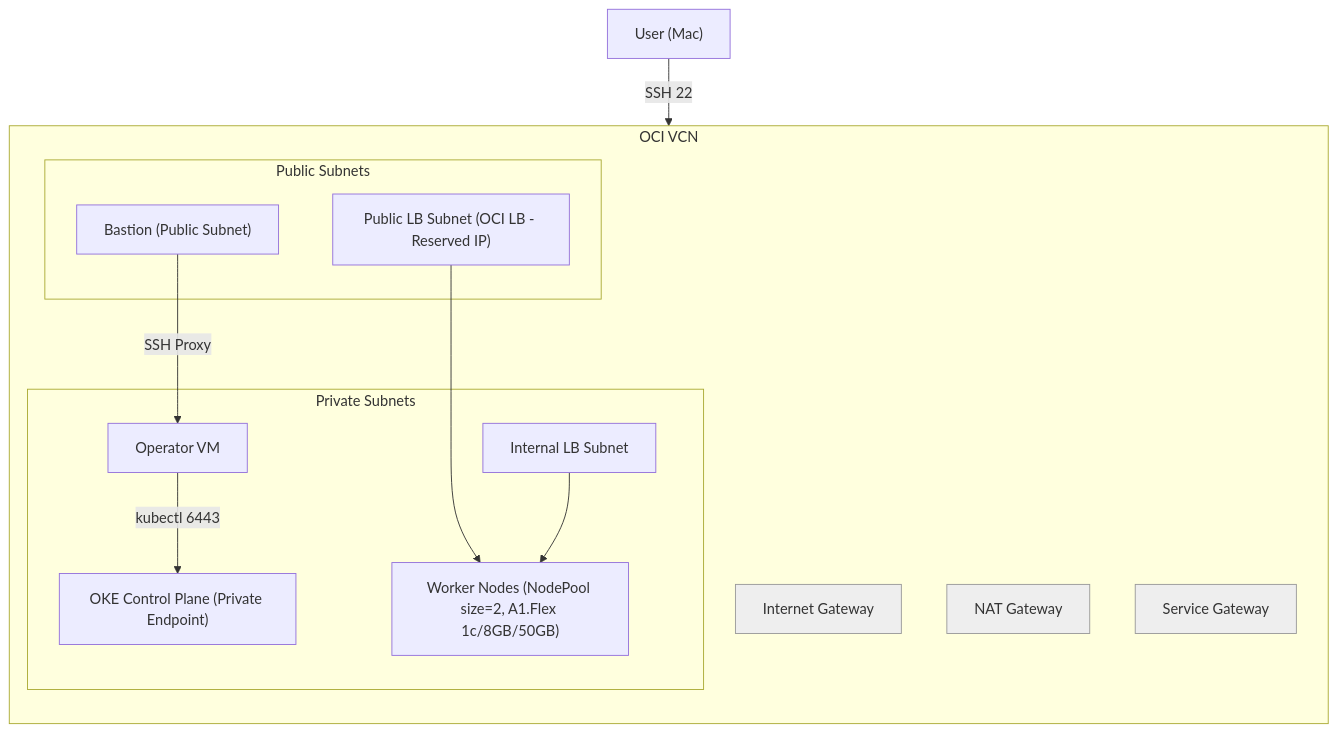
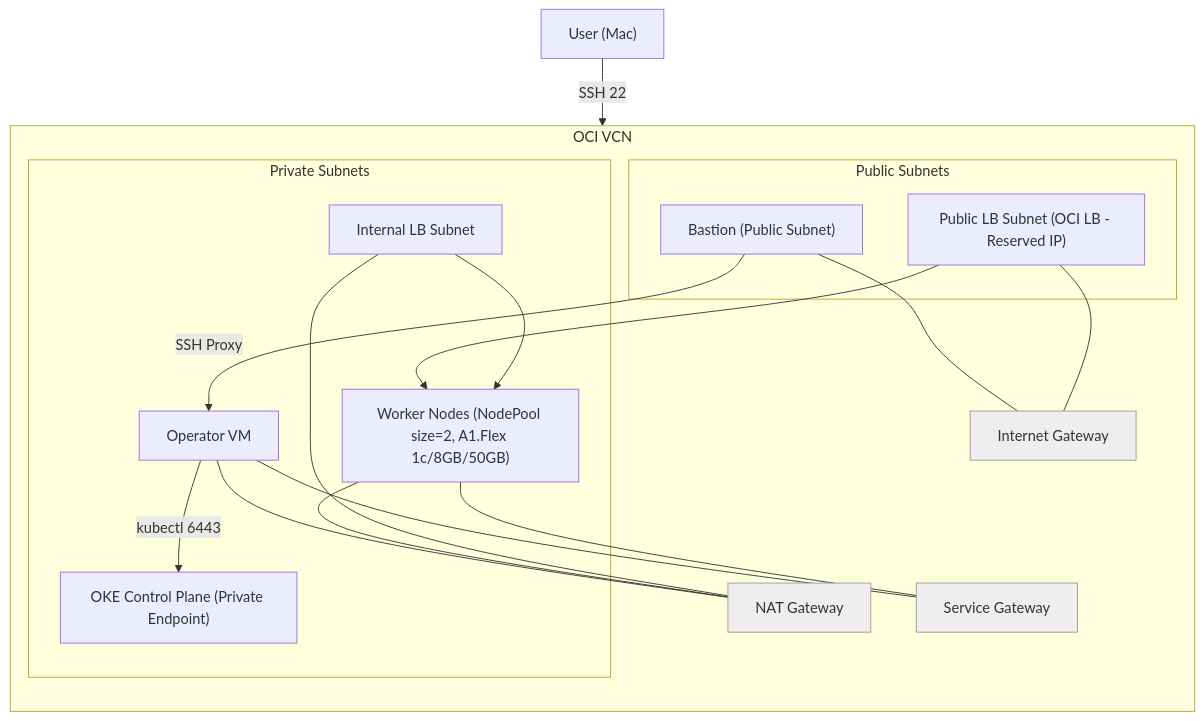
The diagram in README.md (Vinskao/peoplesystem-terraform-oke), drawn with Mermaid before and after one commit. The commit also changed other lines of this file and 1 other file, not shown here.

````diff
--- a/README.md
+++ b/README.md
@@ -49,30 +49,41 @@
 ```mermaid
 flowchart TB
   user["User (Mac)"] -->|SSH 22| bastion["Bastion (Public Subnet)"]
 
   subgraph OCI VCN
     direction TB
     ig["Internet Gateway"]:::net
     nat["NAT Gateway"]:::net
     sg["Service Gateway"]:::net
 
     subgraph Public["Public Subnets"]
       bastion
       pubLB["Public LB Subnet (OCI LB - Reserved IP)"]
     end
 
     subgraph Private["Private Subnets"]
       cp["OKE Control Plane (Private Endpoint)"]
       operator["Operator VM"]
       workers["Worker Nodes (NodePool size=2, A1.Flex 1c/8GB/50GB)"]
       intLB["Internal LB Subnet"]
     end
+
+    %% Gateway connections (routing targets)
+    bastion --- ig
+    pubLB --- ig
+
+    operator --- nat
+    workers --- nat
+    intLB --- nat
+
+    operator --- sg
+    workers --- sg
   end
 
   bastion -->|SSH Proxy| operator
   operator -->|kubectl 6443| cp
   pubLB --> workers
   intLB --> workers
 
   classDef net fill:#eee,stroke:#999;
 ```
````
